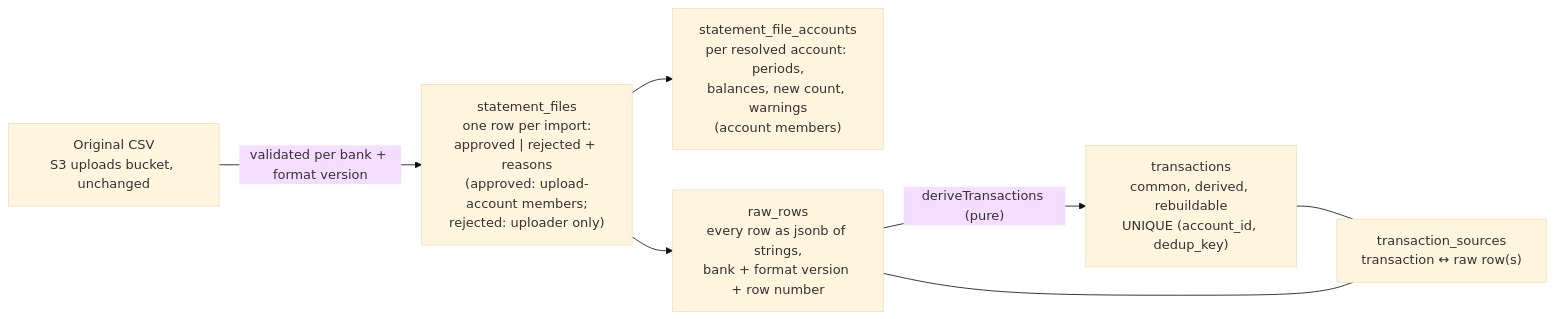
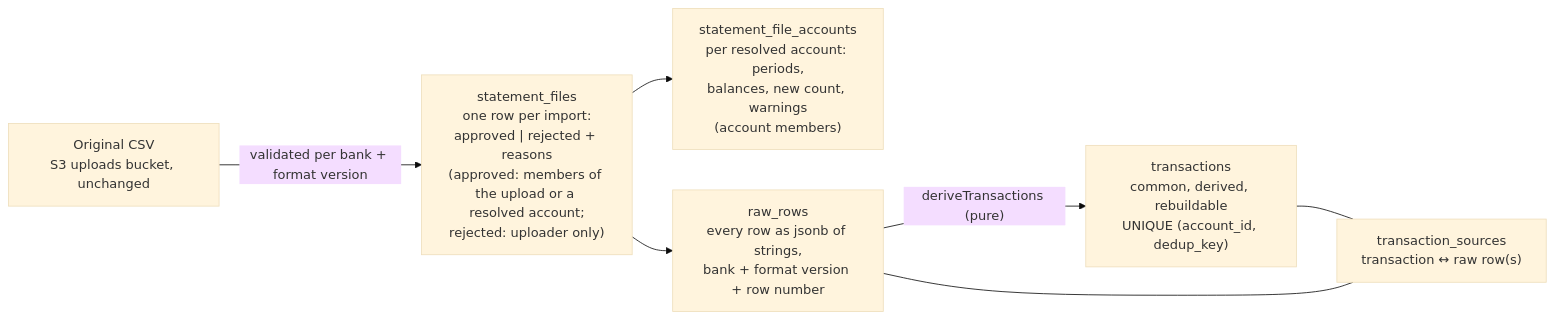
One commit to nodm/draupnir changed the second of 2 diagrams in docs/architecture.md. Above: the diagram before and after it, drawn with Mermaid (base theme). The commit also changed 11 other files, not shown here.

````diff
--- a/docs/architecture.md
+++ b/docs/architecture.md
@@ -96,16 +96,16 @@
 ```mermaid
 graph LR
   CSV["Original CSV<br/>S3 uploads bucket, unchanged"]
-  Files["statement_files<br/>one row per import:<br/>approved | rejected + reasons<br/>(approved: upload-account members;<br/>rejected: uploader only)"]
+  Files["statement_files<br/>one row per import:<br/>approved | rejected + reasons<br/>(approved: members of the upload or a resolved account;<br/>rejected: uploader only)"]
   FileAccts["statement_file_accounts<br/>per resolved account: periods,<br/>balances, new count, warnings<br/>(account members)"]
   Raw["raw_rows<br/>every row as jsonb of strings,<br/>bank + format version + row number"]
   Tx["transactions<br/>common, derived, rebuildable<br/>UNIQUE (account_id, dedup_key)"]
   Src["transaction_sources<br/>transaction ↔ raw row(s)"]
 
   CSV -- "validated per bank + format version" --> Files
   Files --> FileAccts
   Files --> Raw
   Raw -- "deriveTransactions (pure)" --> Tx
   Tx --- Src
   Raw --- Src
 ```
````
